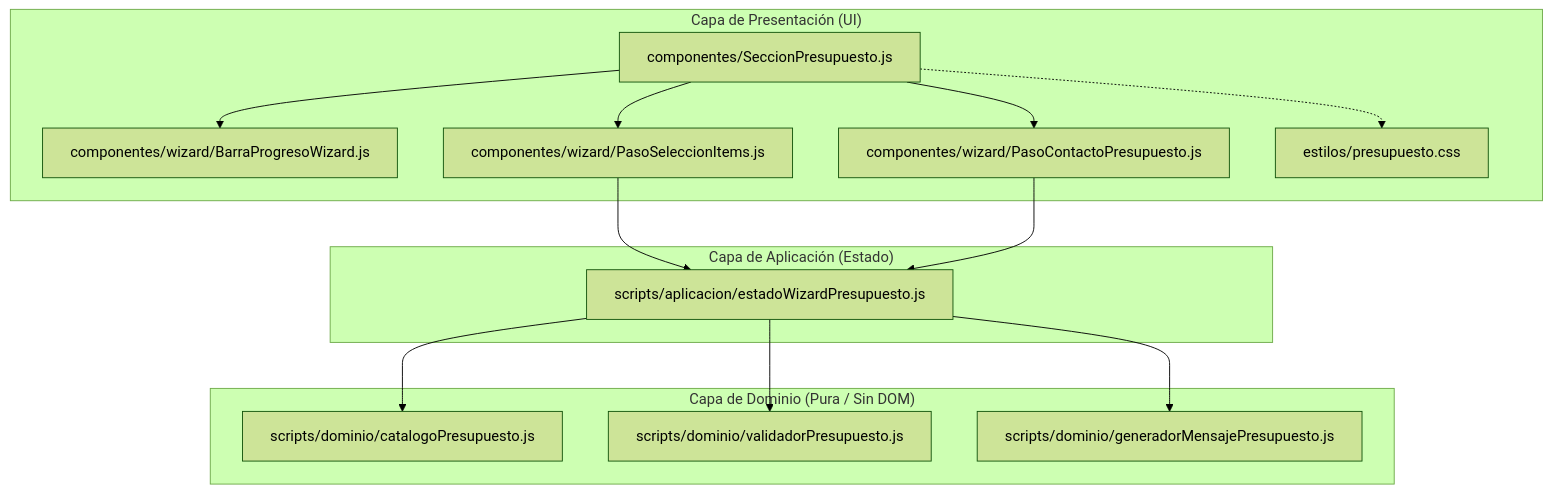
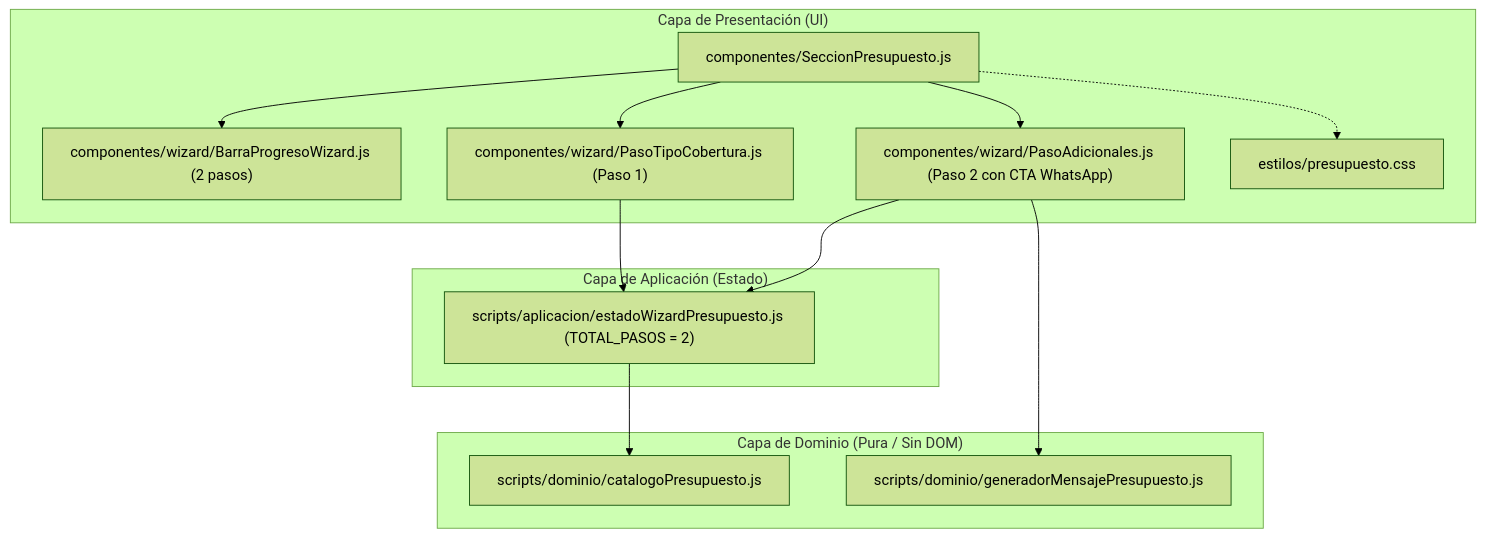
One commit to JorgeTrip/neo_producciones_tm changed the third of 4 diagrams in docs/arquitectura/c4_wizard_presupuesto.md. Above: the diagram before and after it, drawn with Mermaid (forest theme). The commit also changed other lines of this file and 13 other files, not shown here.

First line of the commit message:
feat: Se simplifica presupuesto a dos pasos con envío por WhatsApp

````diff
--- a/docs/arquitectura/c4_wizard_presupuesto.md
+++ b/docs/arquitectura/c4_wizard_presupuesto.md
@@ -40,30 +40,28 @@
 ```mermaid
 flowchart TD
     subgraph CapaPresentacion["Capa de Presentación (UI)"]
         SeccionPresupuesto["componentes/SeccionPresupuesto.js"]
-        BarraProgreso["componentes/wizard/BarraProgresoWizard.js"]
-        PasoItems["componentes/wizard/PasoSeleccionItems.js"]
-        PasoContacto["componentes/wizard/PasoContactoPresupuesto.js"]
+        BarraProgreso["componentes/wizard/BarraProgresoWizard.js (2 pasos)"]
+        PasoTipoCobertura["componentes/wizard/PasoTipoCobertura.js (Paso 1)"]
+        PasoAdicionales["componentes/wizard/PasoAdicionales.js (Paso 2 con CTA WhatsApp)"]
         PresupuestoCSS["estilos/presupuesto.css"]
     end
 
     subgraph CapaAplicacion["Capa de Aplicación (Estado)"]
-        EstadoWizard["scripts/aplicacion/estadoWizardPresupuesto.js"]
+        EstadoWizard["scripts/aplicacion/estadoWizardPresupuesto.js (TOTAL_PASOS = 2)"]
     end
 
     subgraph CapaDominio["Capa de Dominio (Pura / Sin DOM)"]
         Catalogo["scripts/dominio/catalogoPresupuesto.js"]
-        Validador["scripts/dominio/validadorPresupuesto.js"]
         GeneradorMensaje["scripts/dominio/generadorMensajePresupuesto.js"]
     end
 
     SeccionPresupuesto --> BarraProgreso
-    SeccionPresupuesto --> PasoItems
-    SeccionPresupuesto --> PasoContacto
-    PasoItems --> EstadoWizard
-    PasoContacto --> EstadoWizard
+    SeccionPresupuesto --> PasoTipoCobertura
+    SeccionPresupuesto --> PasoAdicionales
+    PasoTipoCobertura --> EstadoWizard
+    PasoAdicionales --> EstadoWizard
+    PasoAdicionales --> GeneradorMensaje
     EstadoWizard --> Catalogo
-    EstadoWizard --> Validador
-    EstadoWizard --> GeneradorMensaje
     SeccionPresupuesto -.-> PresupuestoCSS
 ```
````
